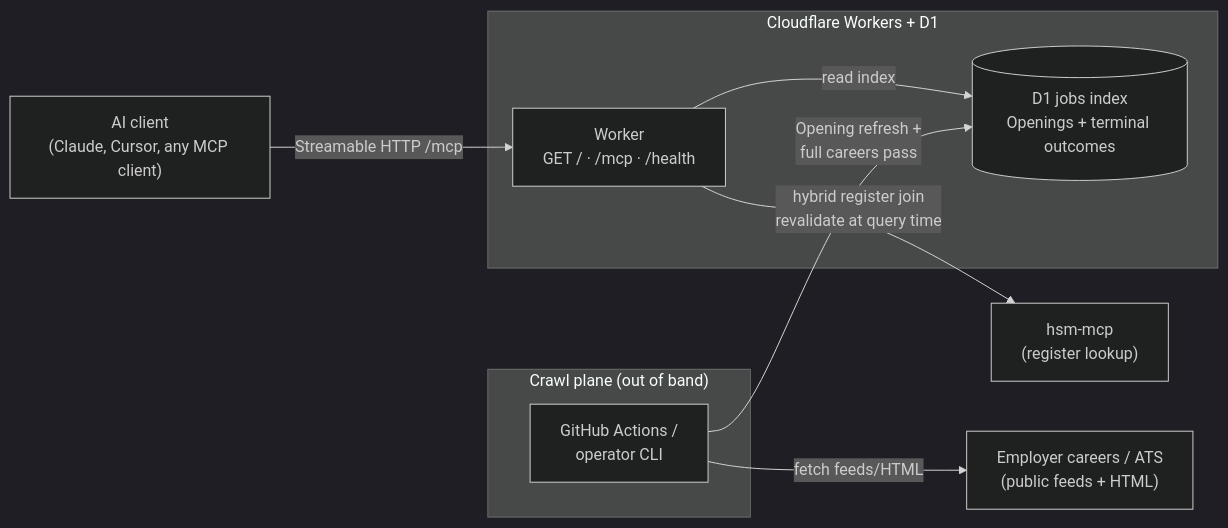
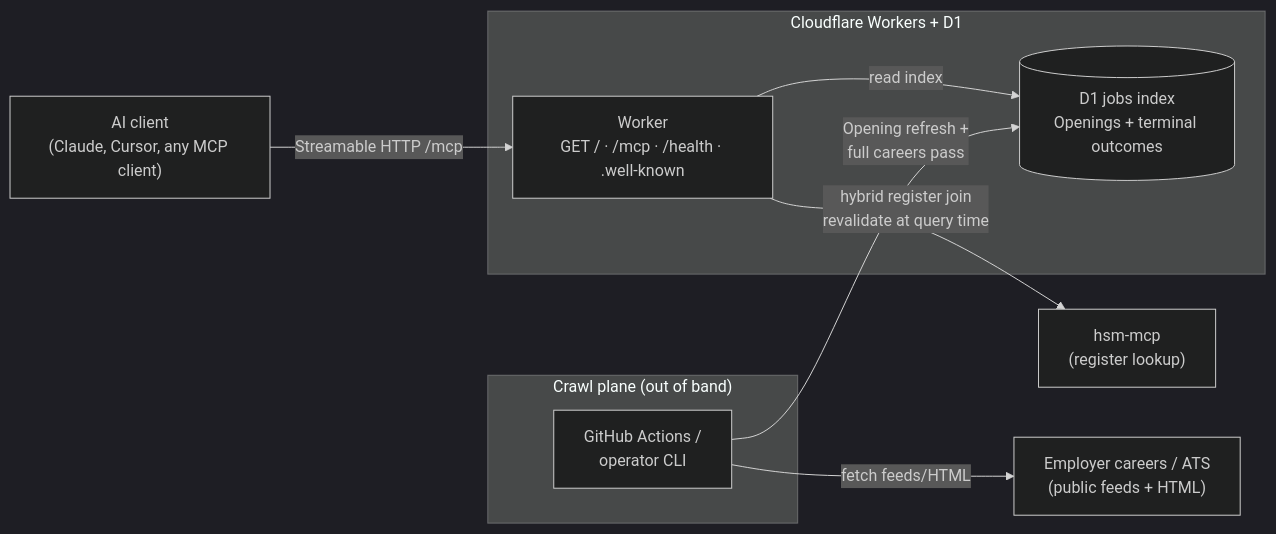
Before and after one commit to musavvirahmed/hsm-jobs-mcp: the diagram in README.md, drawn with Mermaid (dark theme). The commit also changed other lines of this file and 7 other files, not shown here.

````diff
--- a/README.md
+++ b/README.md
@@ -129,21 +129,21 @@
 ```mermaid
 flowchart LR
     client["AI client<br/>(Claude, Cursor, any MCP client)"]
     hsmMcp["hsm-mcp<br/>(register lookup)"]
     careers["Employer careers / ATS<br/>(public feeds + HTML)"]
 
     subgraph crawl["Crawl plane (out of band)"]
         gh["GitHub Actions /<br/>operator CLI"]
     end
 
     subgraph cf["Cloudflare Workers + D1"]
-        worker["Worker<br/>GET / · /mcp · /health"]
+        worker["Worker<br/>GET / · /mcp · /health · .well-known"]
         d1[("D1 jobs index<br/>Openings + terminal outcomes")]
     end
 
     client -- "Streamable HTTP /mcp" --> worker
     worker -- "read index" --> d1
     worker -- "hybrid register join<br/>revalidate at query time" --> hsmMcp
     gh -- "Opening refresh +<br/>full careers pass" --> d1
     gh -- "fetch feeds/HTML" --> careers
 ```
````
